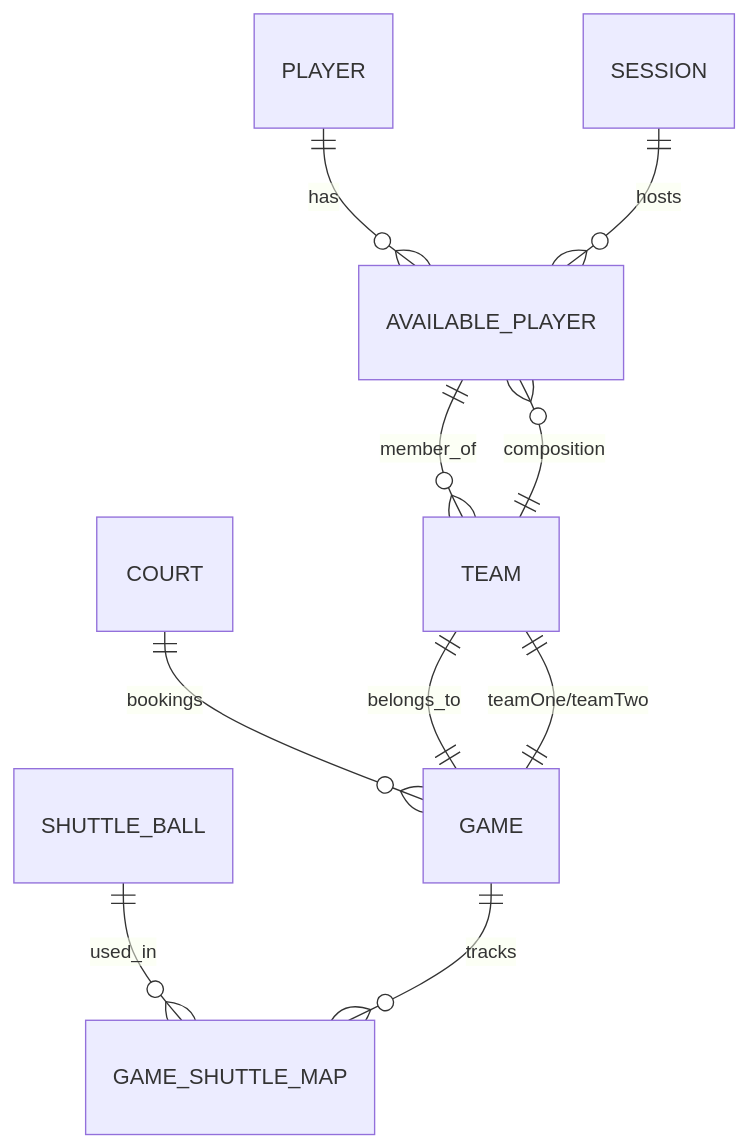
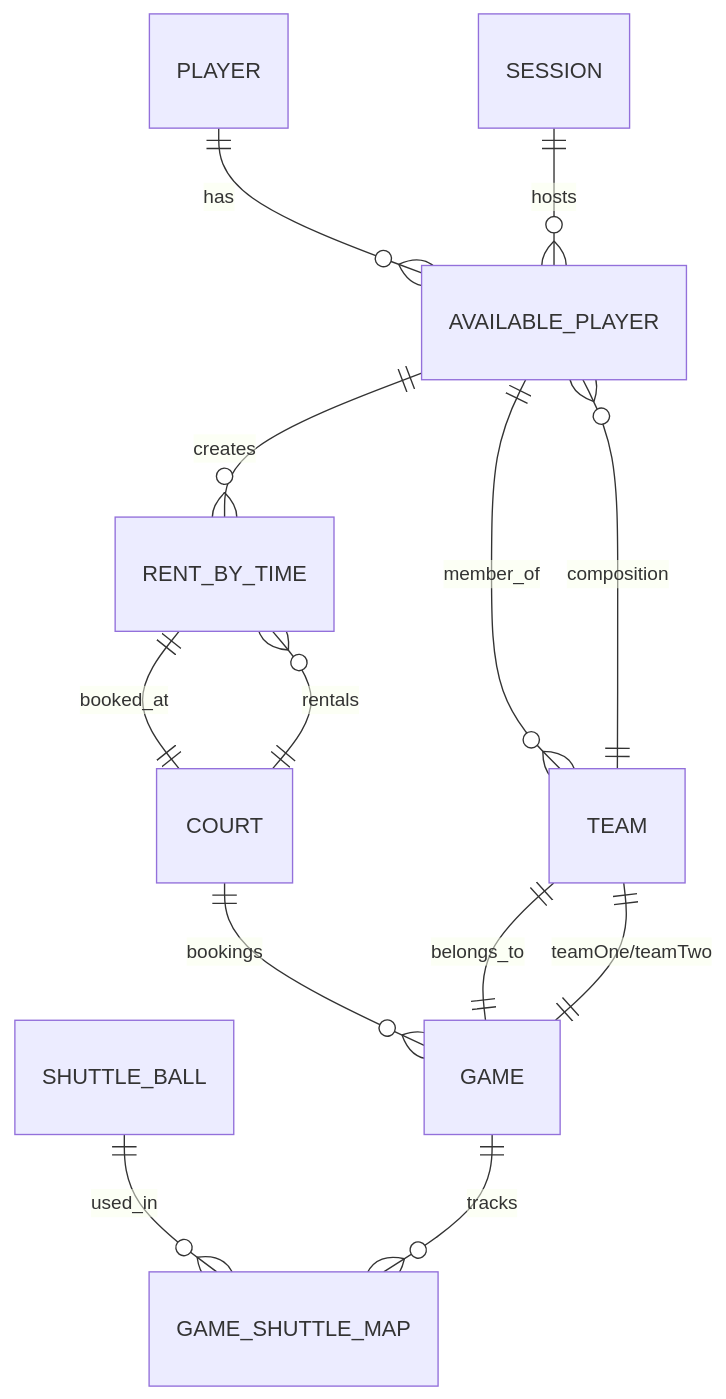
The fourth of 12 diagrams in .qoder/repowiki/en/content/Data Management & Persistence.md (Vissel/badminton-court-management), drawn with Mermaid before and after one commit. The commit also changed other lines of this file and 11 other files, not shown here.

````diff
--- a/.qoder/repowiki/en/content/Data Management & Persistence.md
+++ b/.qoder/repowiki/en/content/Data Management & Persistence.md
@@ -329,12 +424,15 @@
 ```mermaid
 erDiagram
 PLAYER ||--o{ AVAILABLE_PLAYER : "has"
 SESSION ||--o{ AVAILABLE_PLAYER : "hosts"
 COURT ||--o{ GAME : "bookings"
+COURT ||--o{ RENT_BY_TIME : "rentals"
 GAME ||--|| TEAM : "teamOne/teamTwo"
 SHUTTLE_BALL ||--o{ GAME_SHUTTLE_MAP : "used_in"
 GAME ||--o{ GAME_SHUTTLE_MAP : "tracks"
 TEAM ||--|| GAME : "belongs_to"
 TEAM ||--o{ AVAILABLE_PLAYER : "composition"
 AVAILABLE_PLAYER ||--o{ TEAM : "member_of"
+AVAILABLE_PLAYER ||--o{ RENT_BY_TIME : "creates"
+RENT_BY_TIME ||--|| COURT : "booked_at"
 ```
````
